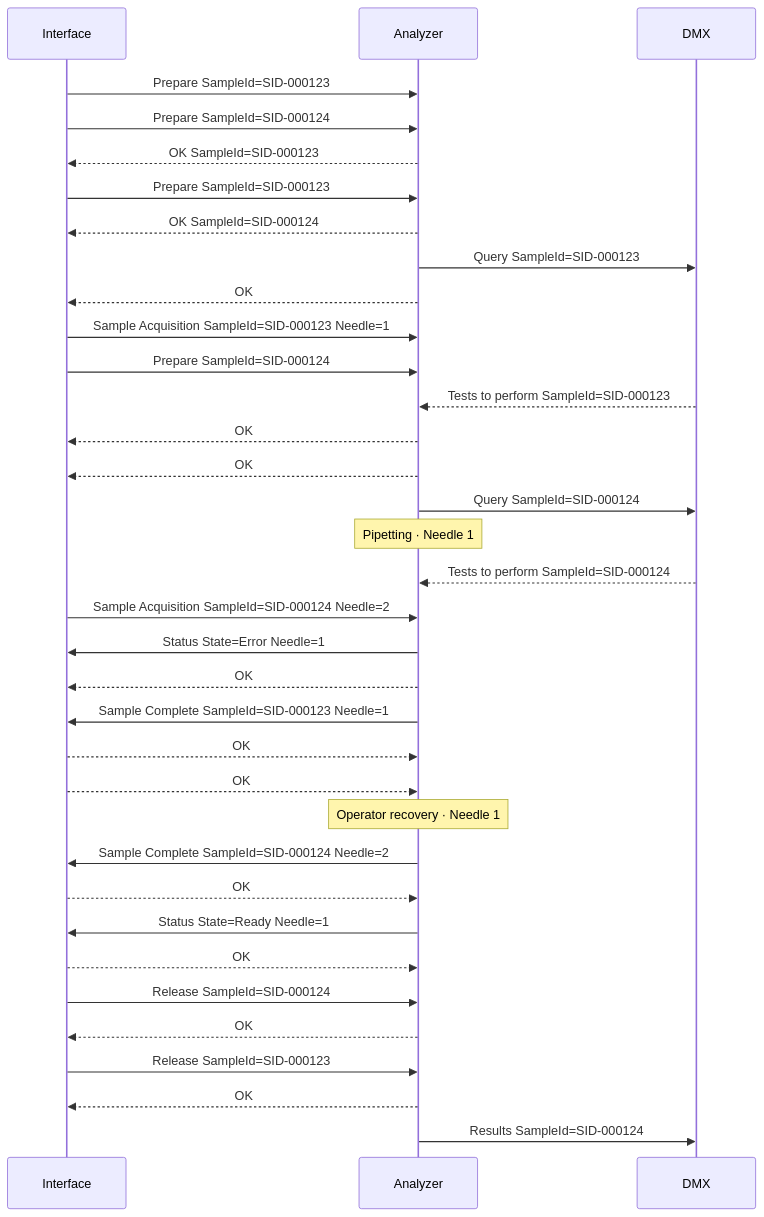
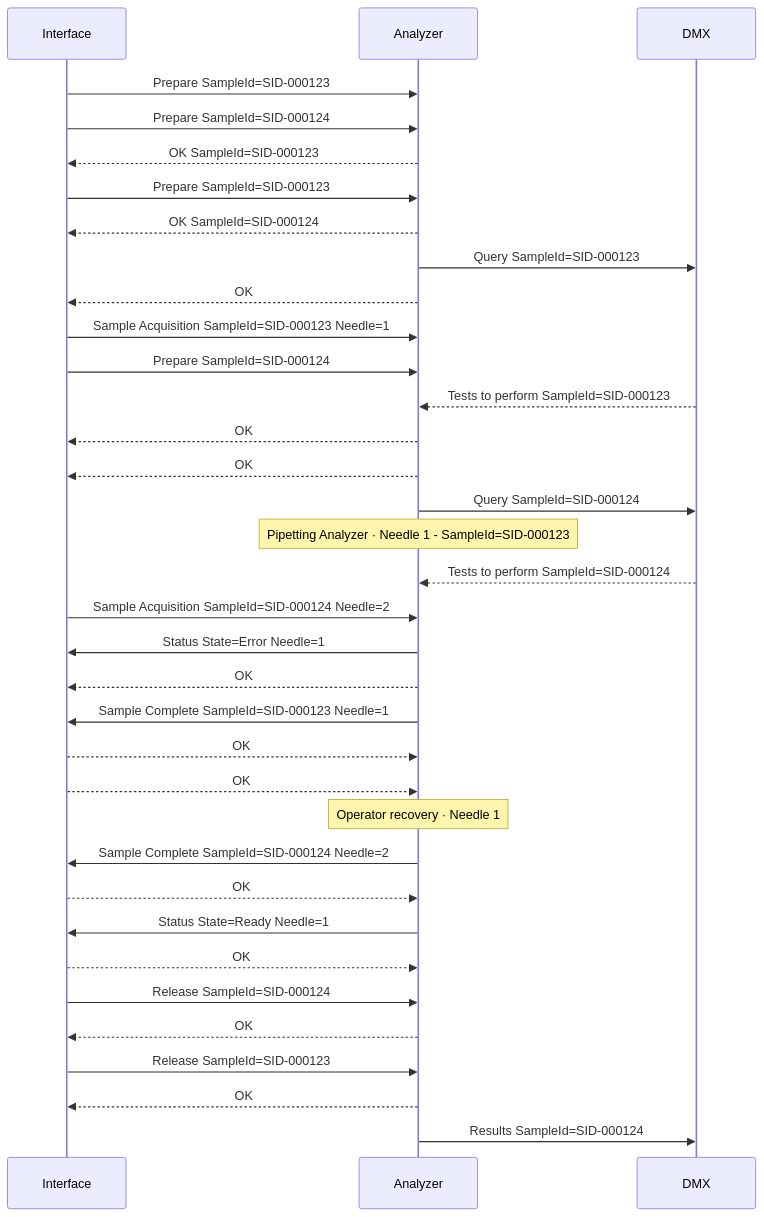
Before and after one commit to specialk74/trackviz: the diagram in scenes/15_spur2_analyzer_error_recovery.mmd, drawn with Mermaid. The commit also changed 25 other files, not shown here.

```diff
--- a/scenes/15_spur2_analyzer_error_recovery.mmd
+++ b/scenes/15_spur2_analyzer_error_recovery.mmd
@@ -1,151 +1,151 @@
 %% # Scene 15 — spur with two needles, error on needle 1, needle 2 goes on
 %% # Needle 1 goes into error left down in the tube; its carrier is released only after
 %% # Status (Ready). Needle 2 keeps working normally during the recovery.
 %% # Carrier flow: right to left on the Main-Lane, up the spur, down the back branch.
 %% # Coordinates are in a fixed 1920x1080 space (track panel: x 30..950, y 120..885).
 %% # Points left of x=30 or right of x=950 are outside the panel (hidden).
 %% geometry spur2
 %% subtitle Spur with two sampling points — needle 1 in error, needle 2 goes on
 sequenceDiagram
     participant IF as Interface
     participant AN as Analyzer
     participant DMX as DMX
 
     %% carrier C1 SID-000123 route=main_in,nsd,pit_in,w1c,w1b,spur_in,w1,d1,q2,pc1,q1,s1,pt1u,rj1,w2,d2,rj2,top_r,top_l,back,po,merge,iface_out,main_out,gone
     %% carrier C2 SID-000124 route=spawn,main_in,nsd,pit_in,w1c,w1b,spur_in,w1,d1,w2,d2,qb2,pc2,qb1,s2,pt2u,rj2,top_r,top_l,back,po,merge,iface_out,main_out,gone color=#0EA5E9
 
     %% caption 1 · One analyzer, two sampling points | Two carriers travel towards the spur: the first one needs needle 1, the second one needle 2.
     %% at 2.5
     %% move C1 to nsd
     %% at 2.89
     %% move C2 to nsd
     %% on antenna1 C1
     %% caption 2 · Diverted — Prepare | Each carrier is diverted into the spur without stopping, and the interface sends Prepare to the analyzer.
     %% on antenna1 C1
     %% highlight nsd duration=1.6
     %% on antenna1
     IF->>AN: Prepare SampleId=SID-000123
     %% on antenna1
     %% move C1 to d1
     %% on antenna1
     %% move C2 to d1
     %% on antenna1 C2
     %% highlight nsd duration=1.6
     %% on antenna1
     IF->>AN: Prepare SampleId=SID-000124
     %% after 0.2 Prepare C1
     AN-->>IF: OK SampleId=SID-000123
     %% on antenna2 C1
     %% highlight div1 duration=0.6
     %% after 0.1 antenna2 C1
     %% color #9333EA
     IF->>AN: Prepare SampleId=SID-000123
     %% after 0.2 Prepare C2
     AN-->>IF: OK SampleId=SID-000124
     %% after 0.6 antenna2 C1
     %% move C1 to s1
     %% on antenna2 C2
     %% highlight div1 duration=0.6
     %% after 0.2 OK C1
     AN->>DMX: Query SampleId=SID-000123
     %% after 0.401 antenna2 C2
     %% move C2 to d2
     %% after 0.1 Prepare C1
     %% for C1
     AN-->>IF: OK
     %% after 0.2 antenna3 C1
     IF->>AN: Sample Acquisition SampleId=SID-000123 Needle=1
     %% after 0.2 antenna3 C1
     %% caption 3 · Sample Acquisition | The first carrier is at sampling point 1: Sample Acquisition with Needle=1, and the needle starts aspirating.
     %% on antenna4 C2
     %% highlight div2 duration=0.6
     %% after 0.1 antenna4 C2
     %% color #9333EA
     IF->>AN: Prepare SampleId=SID-000124
     %% after 0.2 Query C1
     DMX-->>AN: Tests to perform SampleId=SID-000123
     %% after 0.1 Sample Acquisition C1
     %% for C1
     AN-->>IF: OK
     %% after 0.1 Prepare C2
     %% for C2
     AN-->>IF: OK
     %% after 0.1 Tests to perform C1
     AN->>DMX: Query SampleId=SID-000124
     %% after 0.1 OK C1
     %% needle sp1 down
     %% after 0.1 OK C1
     %% duration 2.6
-    Note over AN: Pipetting · Needle 1
+    Note over AN: Pipetting Analyzer · Needle 1 - SampleId=SID-000123
     %% after 0.1 OK C2
     %% move C2 to s2
     %% after 0.2 Query C2
     DMX-->>AN: Tests to perform SampleId=SID-000124
     %% after 0.57 antenna5 C2
     IF->>AN: Sample Acquisition SampleId=SID-000124 Needle=2
     %% after 1.7 needle sp1
     %% caption 4 · Error on needle 1 | Needle 1 goes into error, left down in the tube: the analyzer sends its status (Error, Needle=1) and Sample Complete, and the interface replies OK to the status. The carrier stays still.
     %% after 1.7 needle sp1
     %% status sp1 error
     %% after 1.7 needle sp1
     AN->>IF: Status State=Error Needle=1
     %% after 0.1 Sample Acquisition C2
     %% for C2
     AN-->>IF: OK
     %% after 0 Status
     AN->>IF: Sample Complete SampleId=SID-000123 Needle=1
     %% after 0.3 Status
     IF-->>AN: OK
     %% after 0.1 OK C2
     %% pipette sp2 duration=4
     %% after 0.1 Sample Complete C1
     %% for C1
     IF-->>AN: OK
     %% after 2.1 Status
     %% caption 5 · Operator recovery — needle 2 goes on | An operator comes to the instrument for a recovery of needle 1, which goes back up. Meanwhile needle 2 keeps working normally on its own carrier.
     %% after 2.1 Status
     %% operator an duration=7
     %% after 2.1 Status
     %% duration 6
     Note over AN: Operator recovery · Needle 1
     %% after 4.6 Status
     %% needle sp1 up duration=1.2
     %% after 0.2 pipette sp2
     AN->>IF: Sample Complete SampleId=SID-000124 Needle=2
     %% after 0.1
     %% for C2
     IF-->>AN: OK
     %% after 0.8 Sample Complete C2
     %% caption 6 · Needle 1 ready | Needle 1 is green again: the analyzer sends its status (Ready, Needle=1), the interface replies OK, and only now releases the carrier. Sample Complete alone was not enough.
     %% after 0.8 Sample Complete C2
     %% status sp1 ready
     %% after 0.8 Sample Complete C2
     AN->>IF: Status State=Ready Needle=1
     %% after 0 OK C2
     %% move C2 to gone
     %% after 0.2 Status
     IF-->>AN: OK
     %% after 1.5 Status
     %% status sp1 normal
     %% after 1.8 Status
     %% move C1 to d2
     %% on antenna4 C1
     %% highlight div2 duration=0.6
     %% after 0.401 antenna4 C1
     %% move C1 to gone
     %% on antenna6 C2
     %% caption 7 · Release | Each carrier gets its Release when it has left the interface module.
     %% on antenna6
     IF->>AN: Release SampleId=SID-000124
     %% after 0.1
     %% for C2
     AN-->>IF: OK
     %% on antenna6
     IF->>AN: Release SampleId=SID-000123
     %% after 0.1
     %% for C1
     AN-->>IF: OK
     %% after 0.5
     %% caption 8 · Results | Later, when the analysis is complete, the analyzer sends the results to DMX.
     %% after 0.5 OK C1
     AN->>DMX: Results SampleId=SID-000124
```
